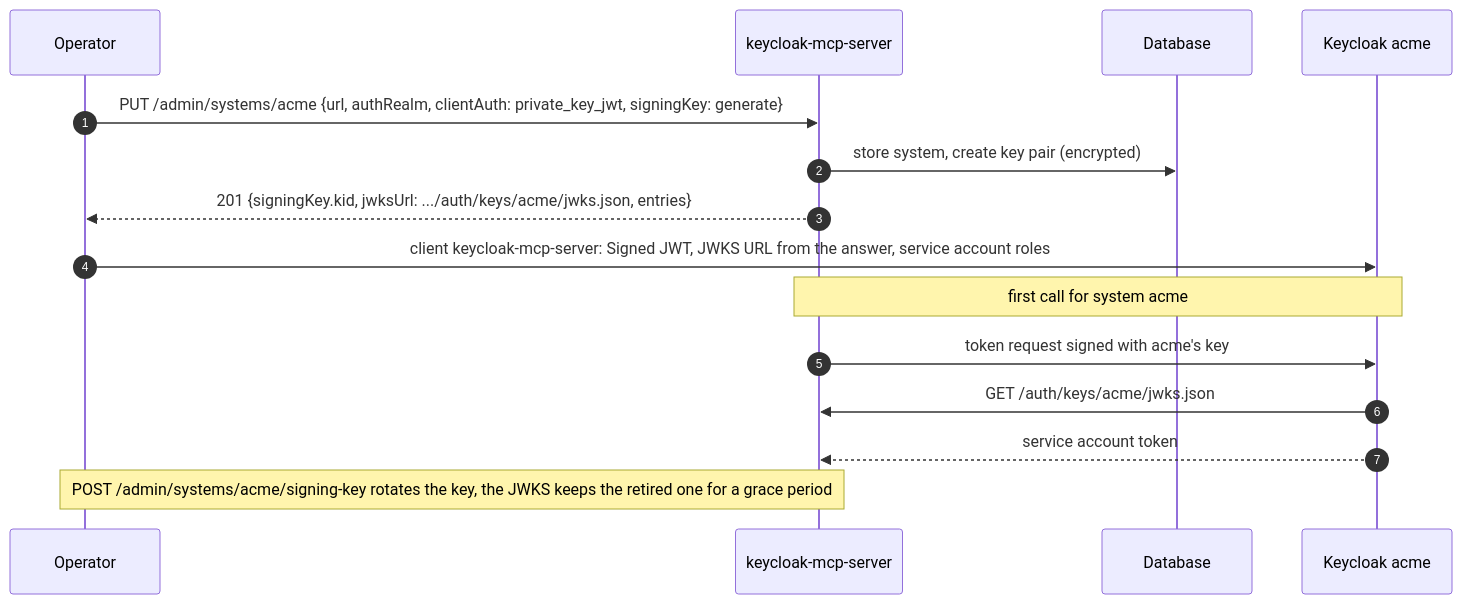
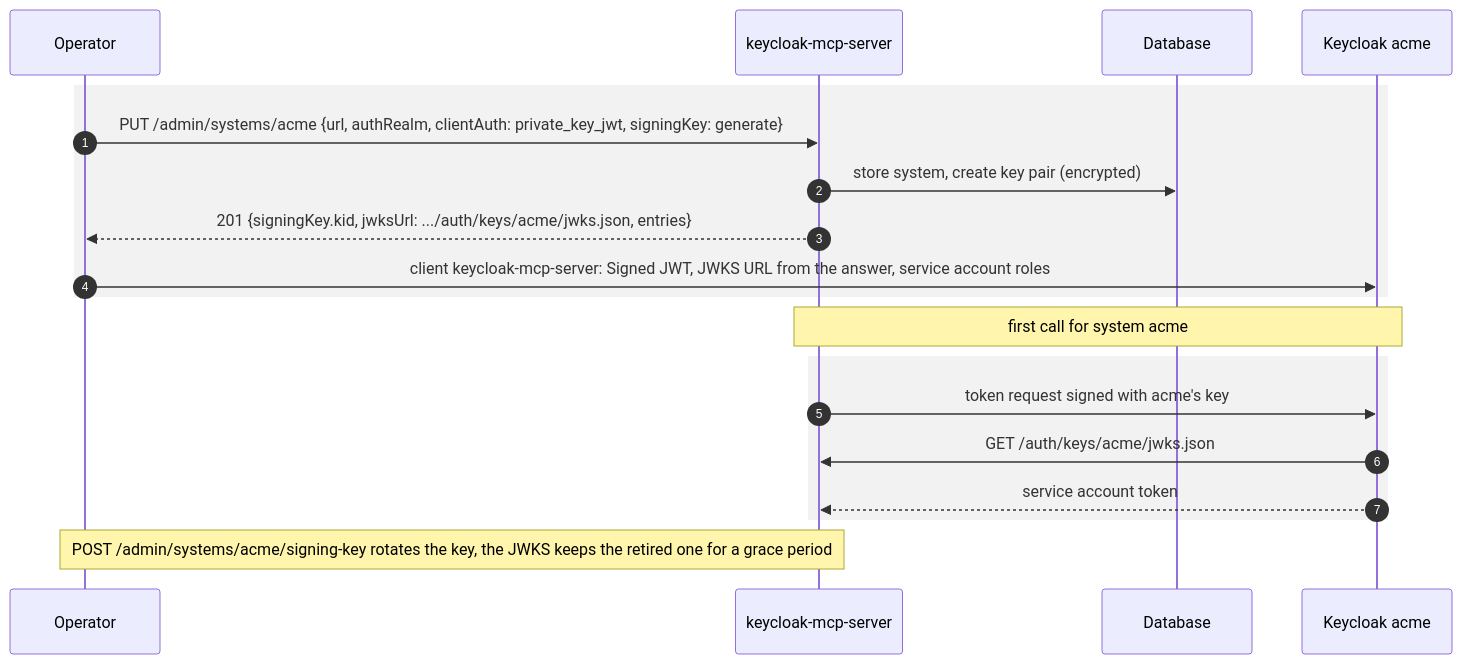
One commit to edewit/keycloak-mcp-server changed the sixth of 8 diagrams in docs/scenarios.md. Above: the diagram before and after it, drawn with Mermaid. The commit also changed other lines of this file, not shown here.

Commit message:
Give the scenario diagrams a consistent colour language that works in light and dark themes

````diff
--- a/docs/scenarios.md
+++ b/docs/scenarios.md
@@ -155,17 +201,21 @@
 ```mermaid
 sequenceDiagram
     autonumber
     participant O as Operator
     participant S as keycloak-mcp-server
     participant DB as Database
     participant K as Keycloak acme
+    rect rgba(127,127,127,0.10)
     O->>S: PUT /admin/systems/acme {url, authRealm, clientAuth: private_key_jwt, signingKey: generate}
     S->>DB: store system, create key pair (encrypted)
     S-->>O: 201 {signingKey.kid, jwksUrl: .../auth/keys/acme/jwks.json, entries}
     O->>K: client keycloak-mcp-server: Signed JWT, JWKS URL from the answer, service account roles
+    end
     Note over S,K: first call for system acme
+    rect rgba(127,127,127,0.10)
     S->>K: token request signed with acme's key
     K->>S: GET /auth/keys/acme/jwks.json
     K-->>S: service account token
+    end
     Note over O,S: POST /admin/systems/acme/signing-key rotates the key, the JWKS keeps the retired one for a grace period
 ```
````
